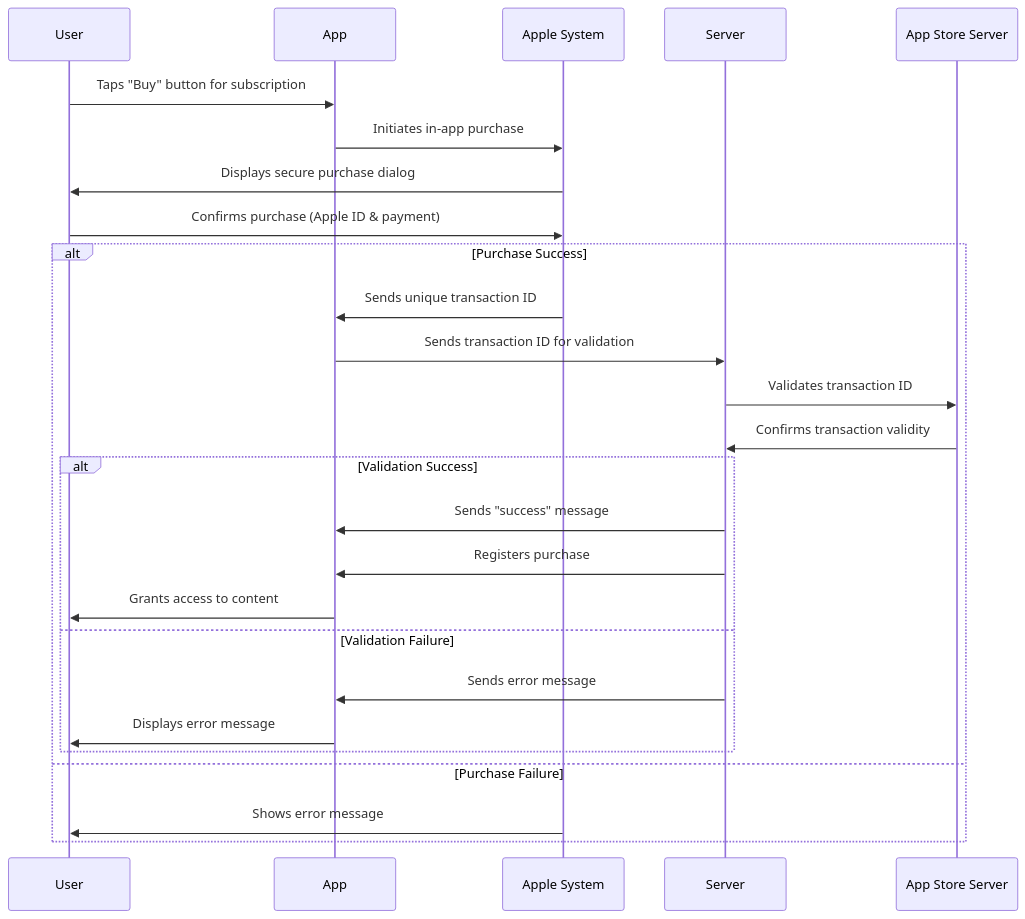
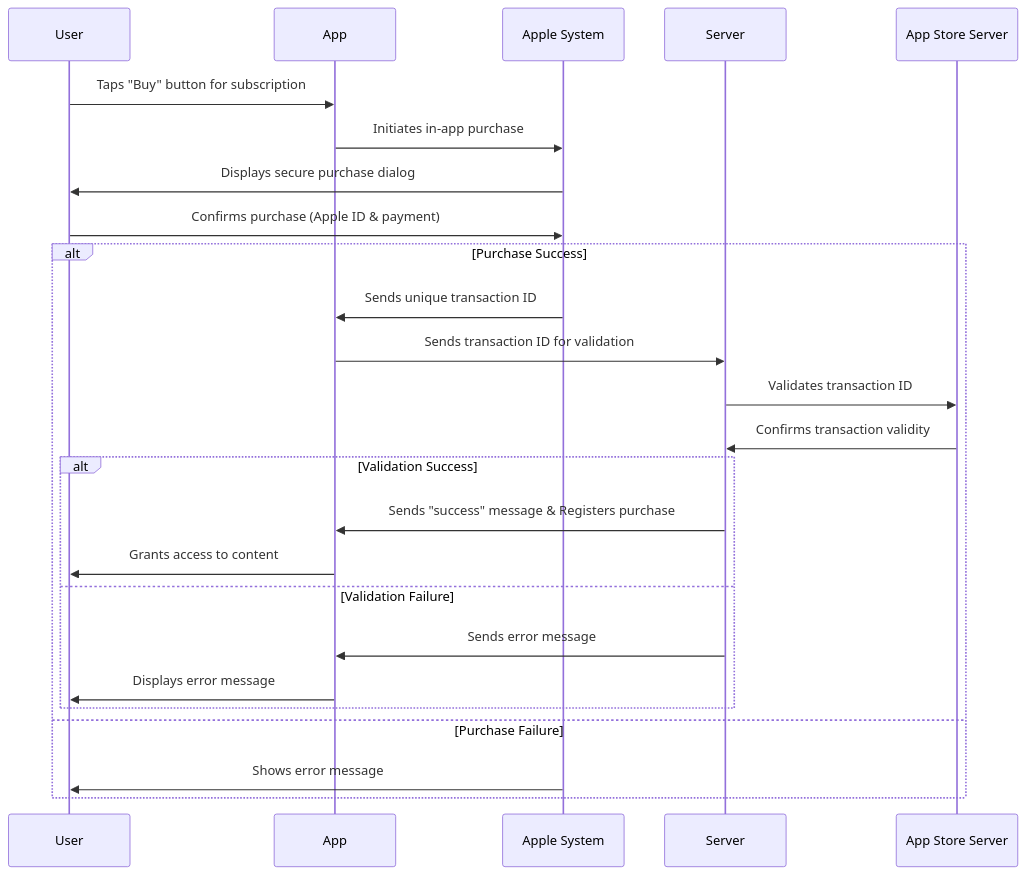
Before and after one commit to alensh12/Docs: the first of 2 diagrams in in_app_purchase_nettv.md, drawn with Mermaid.

Commit message:
Update in_app_purchase_nettv.md
Diagram - Registers purchase and Sends "success" message

````diff
--- a/in_app_purchase_nettv.md
+++ b/in_app_purchase_nettv.md
@@ -26,31 +26,30 @@
 ```mermaid 
 sequenceDiagram
     participant User
     participant App
     participant AppleSystem as Apple System
     participant Server
     participant AppStoreServer as App Store Server
 
     User->>App: Taps "Buy" button for subscription
     App->>AppleSystem: Initiates in-app purchase
     AppleSystem->>User: Displays secure purchase dialog
     User->>AppleSystem: Confirms purchase (Apple ID & payment)
     
     alt Purchase Success
         AppleSystem->>App: Sends unique transaction ID
         App->>Server: Sends transaction ID for validation
         Server->>AppStoreServer: Validates transaction ID
         AppStoreServer->>Server: Confirms transaction validity
         
         alt Validation Success
-            Server->>App: Sends "success" message
-            Server->>App: Registers purchase
+            Server->>App: Sends "success" message & Registers purchase
             App->>User: Grants access to content
         else Validation Failure
             Server->>App: Sends error message
             App->>User: Displays error message
         end
     else Purchase Failure
         AppleSystem->>User: Shows error message
     end
 ```
````
